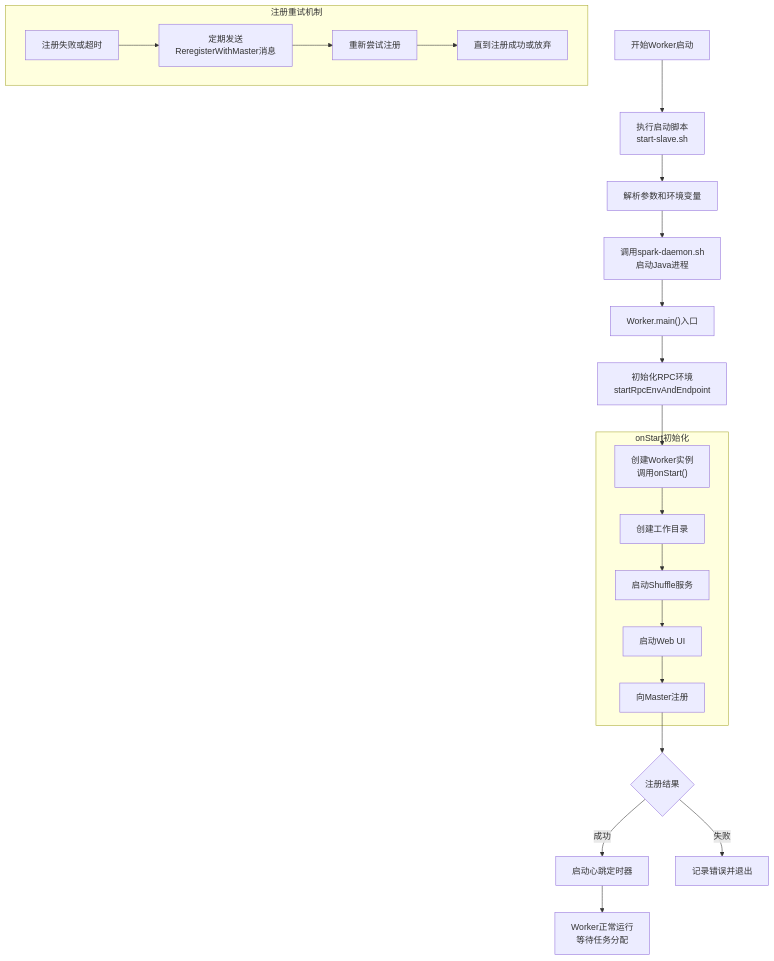
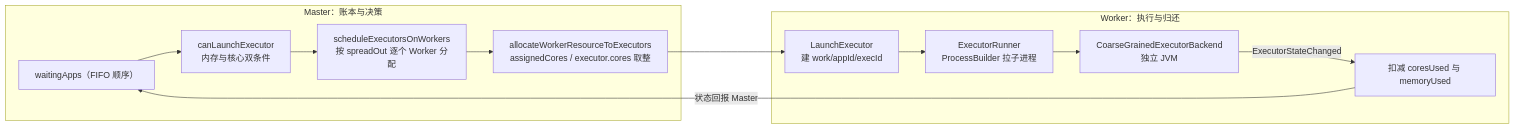
The third of 5 diagrams in content/大数据/Spark/读书笔记-spark内核/02_系统架构与运行机制/2. Spark_Worker_启动原理.md (hpliStartAgain/my-brain), drawn with Mermaid before and after one commit. The commit also changed other lines of this file and 259 other files, not shown here.

````diff
--- a/content/大数据/Spark/读书笔记-spark内核/02_系统架构与运行机制/2. Spark_Worker_启动原理.md
+++ b/content/大数据/Spark/读书笔记-spark内核/02_系统架构与运行机制/2. Spark_Worker_启动原理.md
@@ -327,28 +323,16 @@
 ```mermaid
-flowchart TD
-    A["开始Worker启动"] --> B["执行启动脚本<br>start-slave.sh"]
-    B --> C["解析参数和环境变量"]
-    C --> D["调用spark-daemon.sh<br>启动Java进程"]
-    D --> E["Worker.main()入口"]
-    E --> F["初始化RPC环境<br>startRpcEnvAndEndpoint"]
-    F --> G["创建Worker实例<br>调用onStart()"]
-    
-    subgraph "onStart初始化"
-        G --> H["创建工作目录"]
-        H --> I["启动Shuffle服务"]
-        I --> J["启动Web UI"]
-        J --> K["向Master注册"]
+%%{init: {'theme': 'dracula'}}%%
+flowchart LR
+    subgraph MASTER["Master：账本与决策"]
+        A["waitingApps（FIFO 顺序）"] --> B["canLaunchExecutor<br/>内存与核心双条件"]
+        B --> C["scheduleExecutorsOnWorkers<br/>按 spreadOut 逐个 Worker 分配"]
+        C --> D["allocateWorkerResourceToExecutors<br/>assignedCores / executor.cores 取整"]
     end
-    
-    K --> L{"注册结果"}
-    L -->|成功| M["启动心跳定时器"]
-    L -->|失败| N["记录错误并退出"]
-    
-    M --> O["Worker正常运行<br>等待任务分配"]
-    
-    subgraph "注册重试机制"
-        P["注册失败或超时"] --> Q["定期发送<br>ReregisterWithMaster消息"]
-        Q --> R["重新尝试注册"]
-        R --> S["直到注册成功或放弃"]
+    subgraph WORKER["Worker：执行与归还"]
+        E["LaunchExecutor<br/>建 work/appId/execId"] --> F["ExecutorRunner<br/>ProcessBuilder 拉子进程"]
+        F --> G["CoarseGrainedExecutorBackend<br/>独立 JVM"]
+        G -->|ExecutorStateChanged| H["扣减 coresUsed 与 memoryUsed"]
     end
+    D --> E
+    H -->|状态回报 Master| A
 ```
````
